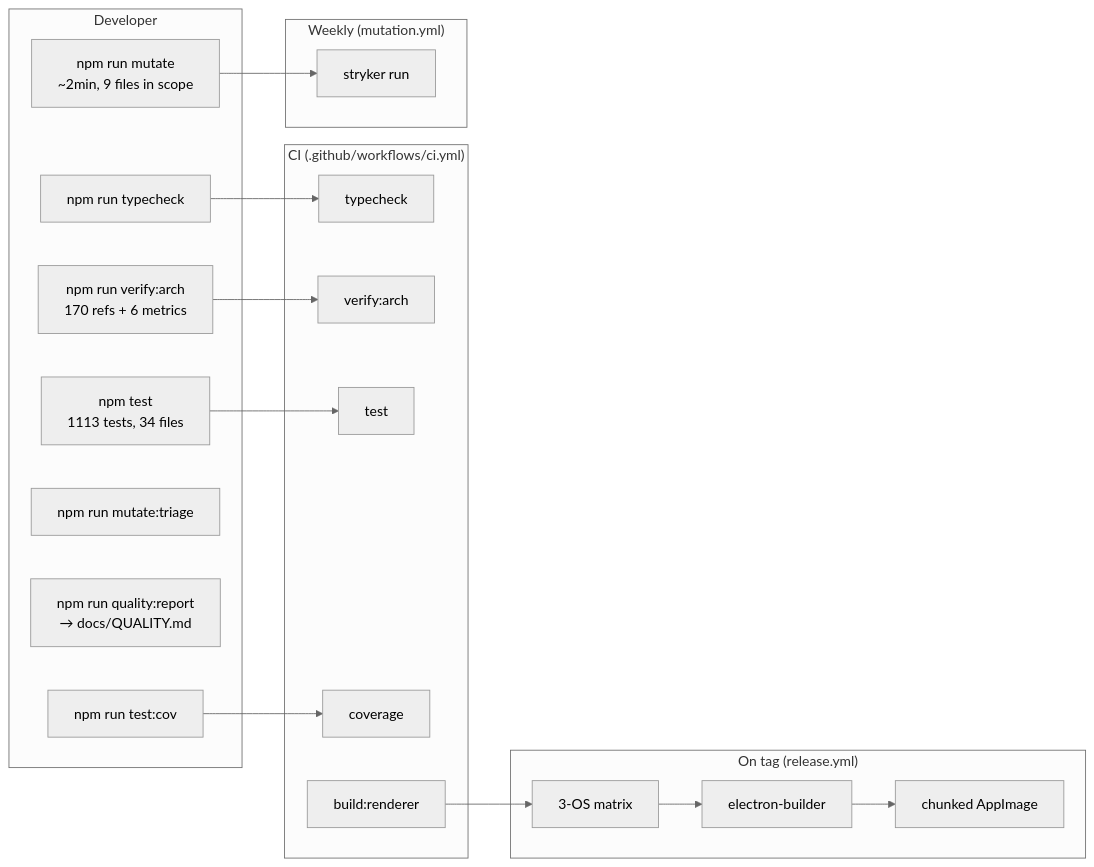
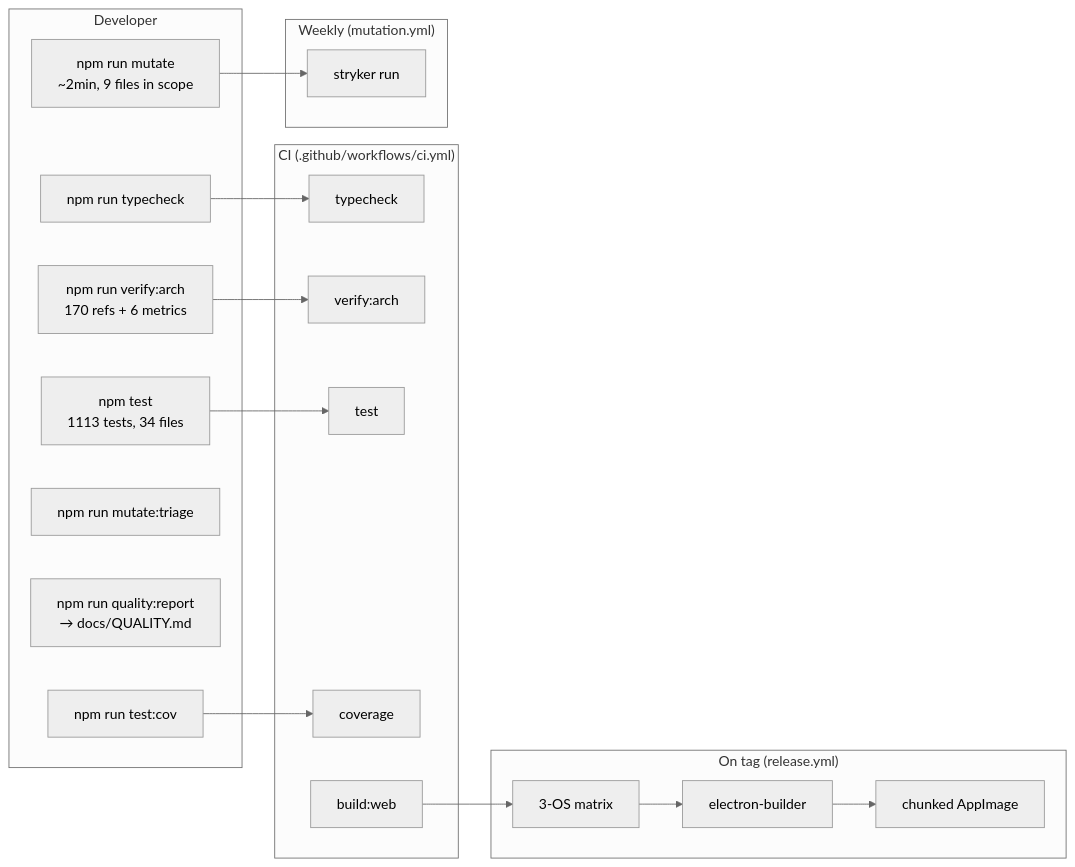
Before and after one commit to hiroto1977/-: the tenth of 14 diagrams in docs/ARCHITECTURE.md, drawn with Mermaid (neutral theme). The commit also changed 2 other files, not shown here.

Commit message:
ci: 3ジョブを1ジョブに統合し Actions 分数を最小化 (無料枠対策)
無料利用枠を最大限節約するため、CIを単一ジョブに統合。

変更点 (すべて無料・課金不要):
- 3ジョブ(quality/test/build)→1ジョブ: ランナー起動・checkout・setup-node・
  npm ci の固定オーバーヘッドを3回払うのをやめ1回に。並列性は犠牲にするが
  分数効率を優先(フィーチャーブランチはPR経由のみCI)
- build:renderer を廃止: build:web が `tsc -b && vite build && inline` で
  build:renderer の上位互換のため、二重ビルドを解消
- 直前の変更(push トリガーを main のみ)と合わせ、毎プッシュの二重実行も解消

これにより1回のCI実行あたりの消費分数が大幅減。利用枠が回復(翌月リセット等)
すれば、限られた分数でも確実に完走できる構成。

docs(CLAUDE.md/ARCHITECTURE.md): CI構成の記述を単一ジョブ・build:web に更新。

(注: ランナー起動が3秒failする現障害自体は利用枠枯渇が原因で、本変更は
復旧後の消費を抑える恒久対策。即時通すにはオーナーによる枠確認が必要。)

https://claude.ai/code/session_01RW3Cn6nuss33qnqQFqyQB7

````diff
--- a/docs/ARCHITECTURE.md
+++ b/docs/ARCHITECTURE.md
@@ -672,33 +672,33 @@
 ```mermaid
 graph LR
   subgraph "Developer"
     D1[npm run typecheck]
     D2[npm test<br/>1113 tests, 34 files]
     D3[npm run test:cov]
     D4[npm run mutate<br/>~2min, 9 files in scope]
     D5[npm run mutate:triage]
     D6[npm run quality:report<br/>→ docs/QUALITY.md]
     D7[npm run verify:arch<br/>170 refs + 6 metrics]
   end
   subgraph "CI (.github/workflows/ci.yml)"
     C1[typecheck]
     C2[verify:arch]
     C3[test]
     C4[coverage]
-    C5[build:renderer]
+    C5[build:web]
   end
   subgraph "Weekly (mutation.yml)"
     M1[stryker run]
   end
   subgraph "On tag (release.yml)"
     R1[3-OS matrix]
     R2[electron-builder]
     R3[chunked AppImage]
   end
   D1 --> C1
   D7 --> C2
   D2 --> C3
   D3 --> C4
   D4 --> M1
   C5 --> R1 --> R2 --> R3
 ```
````
